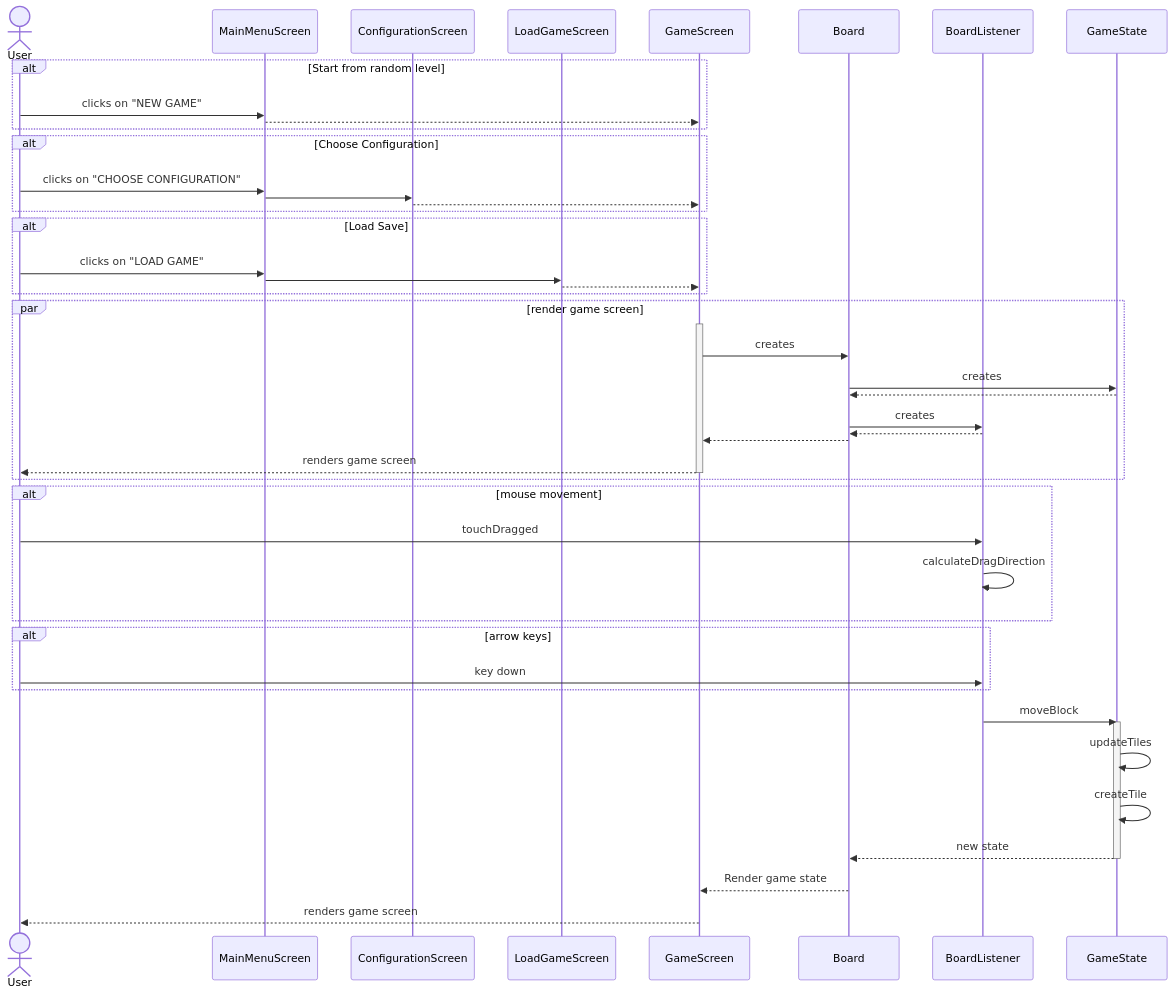
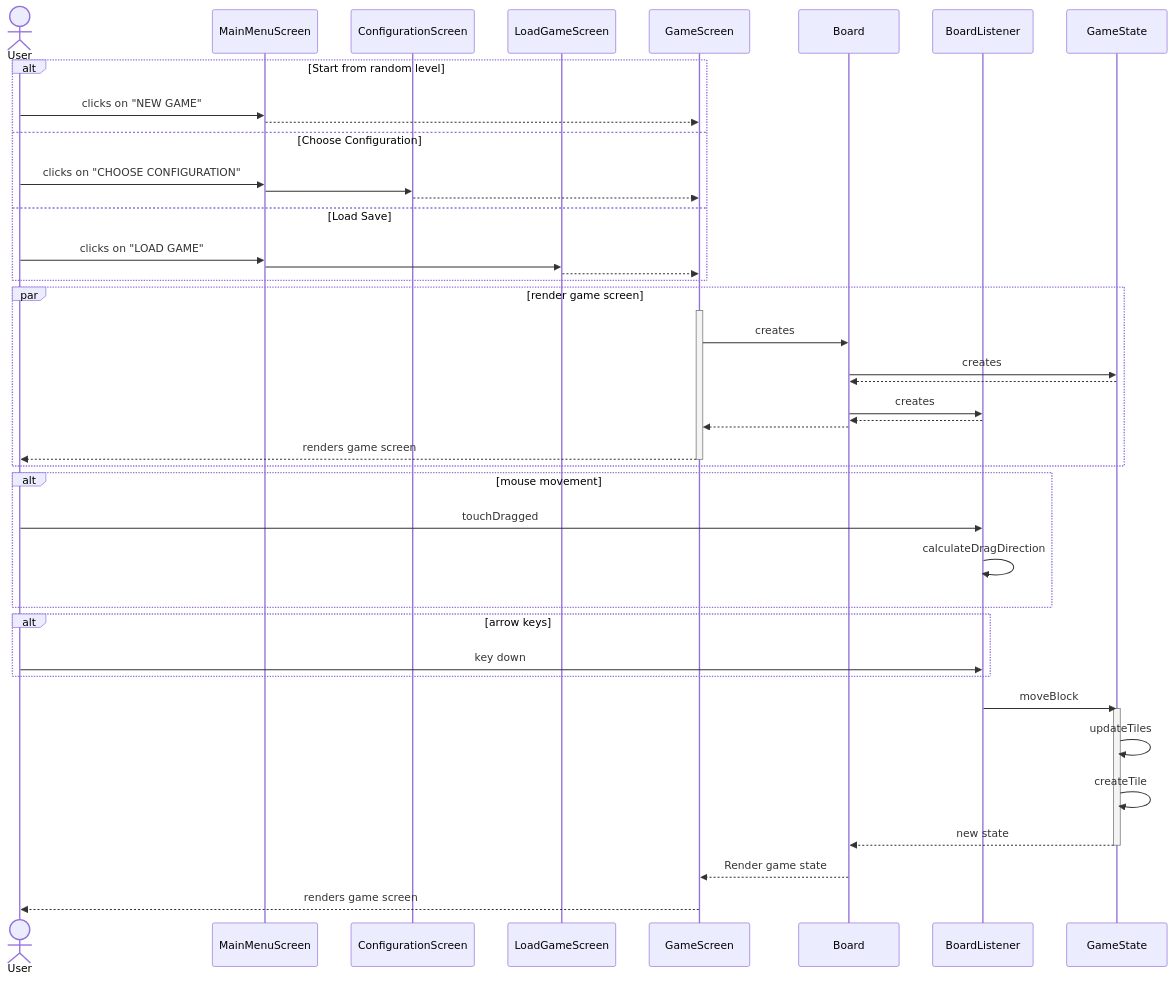
Before and after one commit to BIRSAx2/klotski: the tenth of 14 diagrams in docs/sequence_diagram/index.md, drawn with Mermaid. The commit also changed other lines of this file, not shown here.

````diff
--- a/docs/sequence_diagram/index.md
+++ b/docs/sequence_diagram/index.md
@@ -436,59 +410,55 @@
 ```mermaid
 sequenceDiagram
     actor User
     participant MainMenuScreen
     participant ConfigurationScreen
     participant LoadGameScreen
     participant GameScreen
     participant Board
     participant BoardListener
     participant GameState
 
 
     alt Start from random level 
         User ->> MainMenuScreen: clicks on "NEW GAME"
         MainMenuScreen -->> GameScreen: 
-    end
-    
-    alt Choose Configuration
+    else Choose Configuration
         User ->> MainMenuScreen: clicks on "CHOOSE CONFIGURATION"
         MainMenuScreen ->> ConfigurationScreen: 
         ConfigurationScreen -->> GameScreen: 
-    end
-
-    alt Load Save
+    else Load Save
         User ->> MainMenuScreen: clicks on "LOAD GAME"
         MainMenuScreen ->> LoadGameScreen: 
         LoadGameScreen -->> GameScreen: 
     end
 
     par render game screen
         activate GameScreen
         GameScreen ->> Board: creates
         Board ->> GameState: creates
         GameState -->> Board: 
         Board ->> BoardListener: creates
         BoardListener -->> Board: 
         Board -->> GameScreen: 
         GameScreen -->> User: renders game screen
         deactivate GameScreen
     end
         
     alt mouse movement
         User ->> BoardListener : touchDragged
         BoardListener ->> BoardListener : calculateDragDirection
     end
 
     alt arrow keys 
         User ->> BoardListener: key down
     end
 
     BoardListener ->> GameState : moveBlock
     activate GameState
     GameState ->> GameState : updateTiles
     GameState ->> GameState : createTile
     GameState -->> Board: new state
     deactivate GameState
     Board -->> GameScreen: Render game state
     GameScreen -->> User: renders game screen
 ```
````
